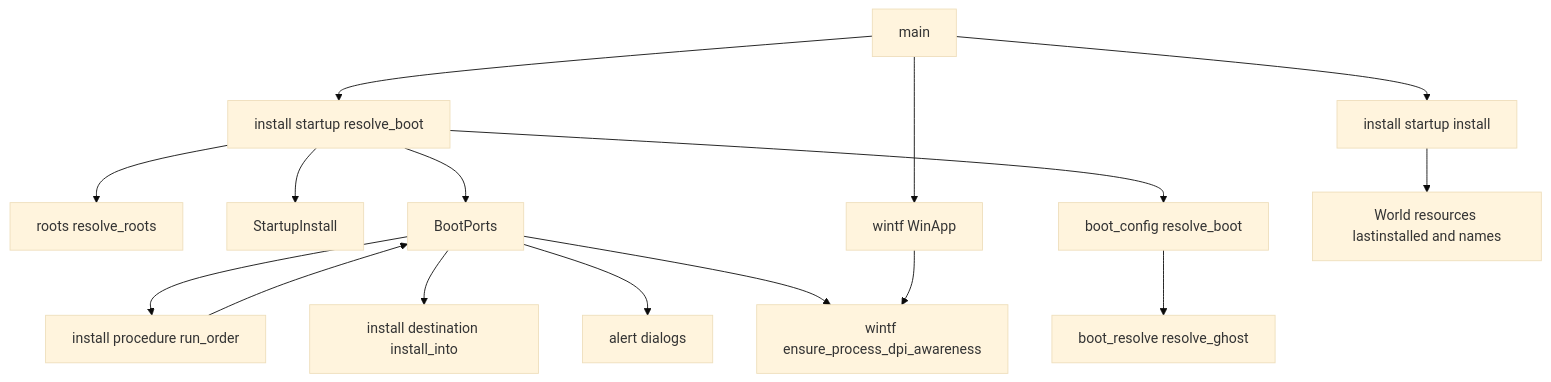
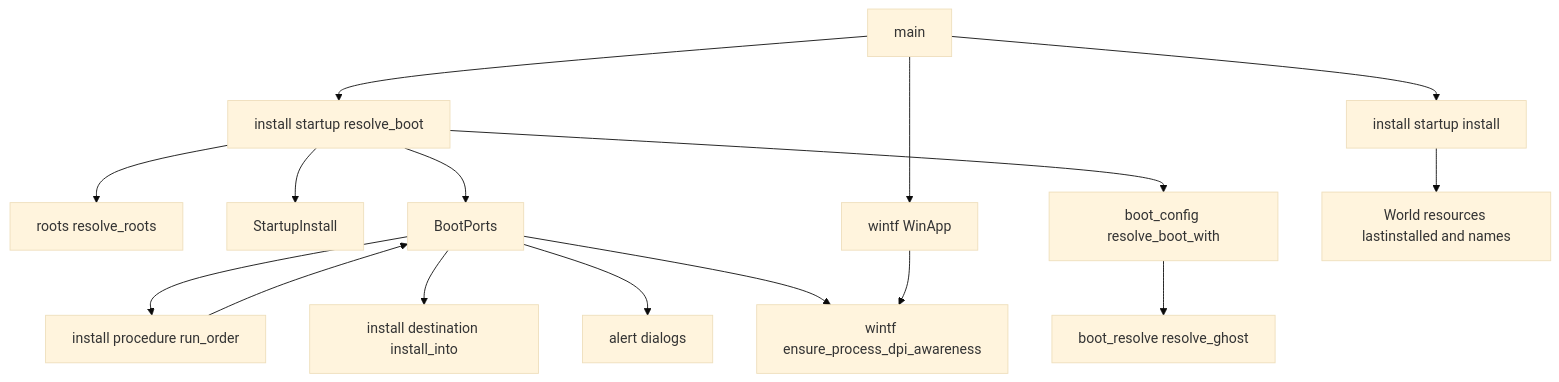
The first of 3 diagrams in .kiro/specs/install-before-boot/design.md (ekicyou/areka), drawn with Mermaid (base theme) before and after one commit. The commit also changed other lines of this file and 1 other file, not shown here.

Commit message:
docs(install-before-boot): fix obvious issues in design

````diff
--- a/.kiro/specs/install-before-boot/design.md
+++ b/.kiro/specs/install-before-boot/design.md
@@ -86,18 +86,18 @@
 ```mermaid
 graph TB
     Main[main] --> StartupResolve[install startup resolve_boot]
     StartupResolve --> Roots[roots resolve_roots]
     StartupResolve --> Holder[StartupInstall]
     StartupResolve --> Ports[BootPorts]
     Ports --> Procedure[install procedure run_order]
     Procedure --> Ports
     Ports --> Destination[install destination install_into]
     Ports --> Alert[alert dialogs]
     Ports --> Dpi[wintf ensure_process_dpi_awareness]
-    StartupResolve --> BootConfig[boot_config resolve_boot]
+    StartupResolve --> BootConfig[boot_config resolve_boot_with]
     BootConfig --> BootResolve[boot_resolve resolve_ghost]
     Main --> WinApp[wintf WinApp]
     WinApp --> Dpi
     Main --> Carry[install startup install]
     Carry --> World[World resources lastinstalled and names]
 ```
````
